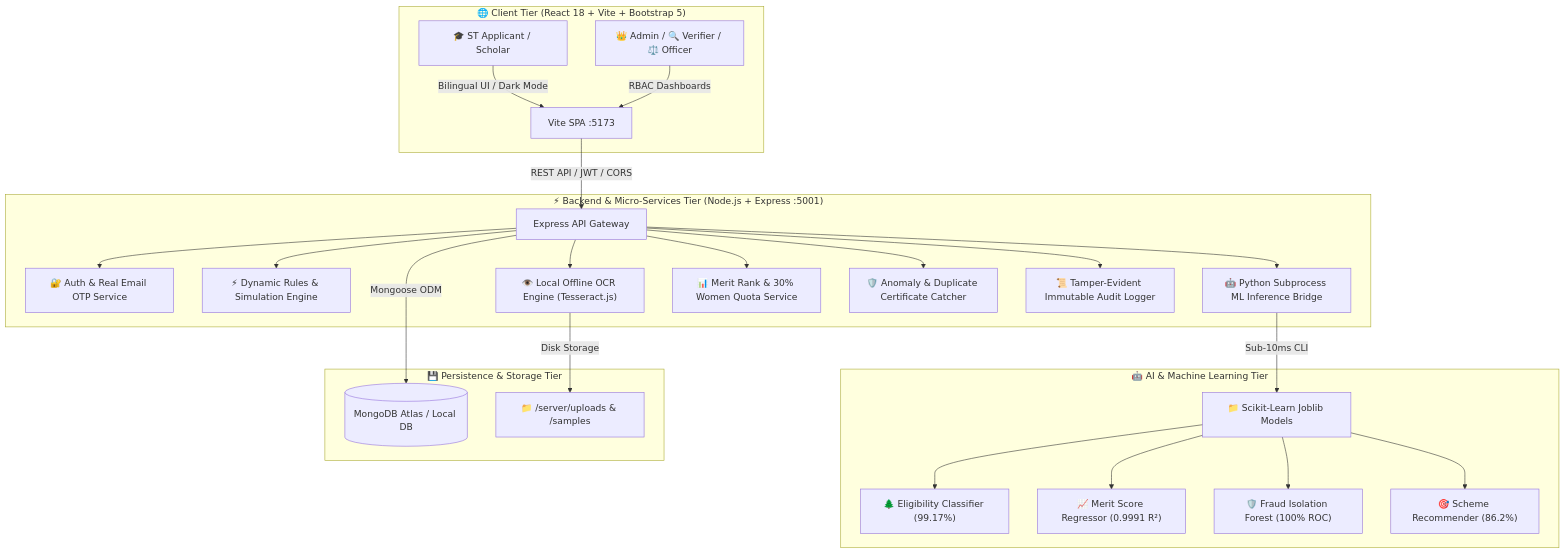
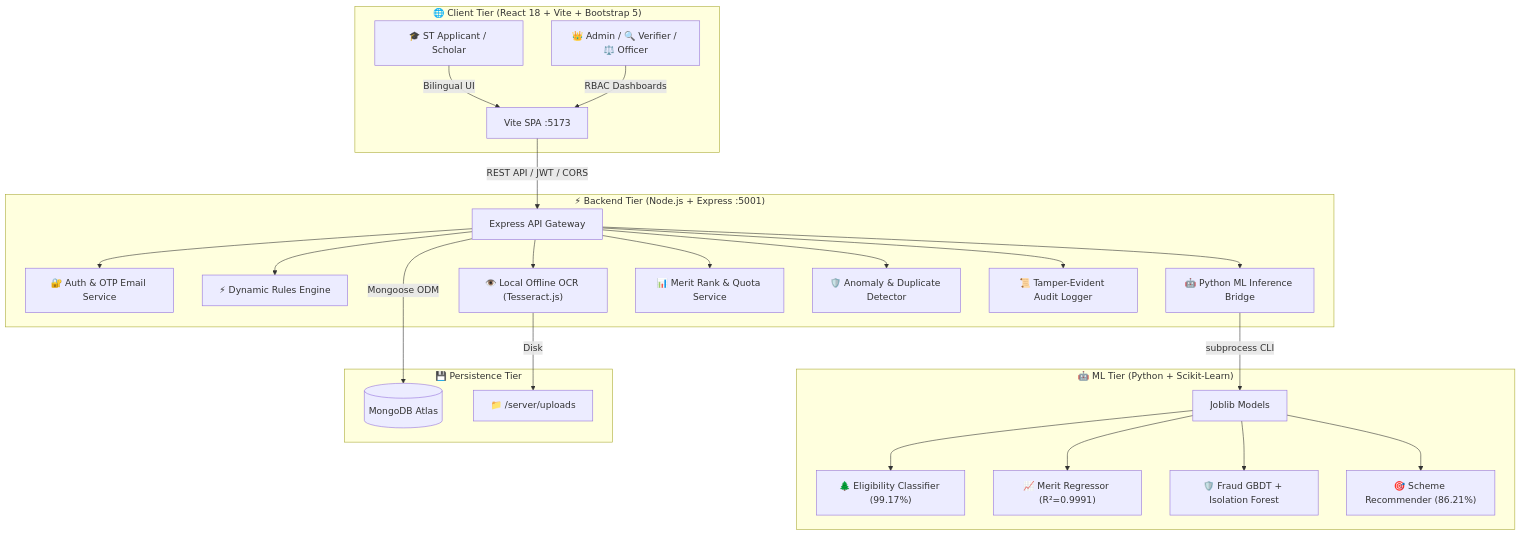
The diagram in README.md (Dhruta25/Tribal-scholarship), drawn with Mermaid before and after one commit. The commit also changed other lines of this file, not shown here.

````diff
--- a/README.md
+++ b/README.md
@@ -64,32 +64,31 @@
 ```mermaid
 graph TD
     subgraph "🌐 Client Tier (React 18 + Vite + Bootstrap 5)"
-        User["🎓 ST Applicant / Scholar"] -->|Bilingual UI / Dark Mode| WebApp["Vite SPA :5173"]
+        Applicant["🎓 ST Applicant / Scholar"] -->|Bilingual UI| WebApp["Vite SPA :5173"]
         Staff["👑 Admin / 🔍 Verifier / ⚖️ Officer"] -->|RBAC Dashboards| WebApp
     end
 
-    subgraph "⚡ Backend & Micro-Services Tier (Node.js + Express :5001)"
-        WebApp -->|REST API / JWT / CORS| APIGateway["Express API Gateway"]
-
-        APIGateway --> AuthModule["🔐 Auth & Real Email OTP Service"]
-        APIGateway --> RulesEngine["⚡ Dynamic Rules & Simulation Engine"]
-        APIGateway --> OCREngine["👁️ Local Offline OCR Engine (Tesseract.js)"]
-        APIGateway --> MLBridge["🤖 Python Subprocess ML Inference Bridge"]
-        APIGateway --> MeritEngine["📊 Merit Rank & 30% Women Quota Service"]
-        APIGateway --> FraudEngine["🛡️ Anomaly & Duplicate Certificate Catcher"]
-        APIGateway --> AuditLog["📜 Tamper-Evident Immutable Audit Logger"]
+    subgraph "⚡ Backend Tier (Node.js + Express :5001)"
+        WebApp -->|REST API / JWT / CORS| API["Express API Gateway"]
+        API --> Auth["🔐 Auth & OTP Email Service"]
+        API --> Rules["⚡ Dynamic Rules Engine"]
+        API --> OCR["👁️ Local Offline OCR (Tesseract.js)"]
+        API --> ML["🤖 Python ML Inference Bridge"]
+        API --> Merit["📊 Merit Rank & Quota Service"]
+        API --> Fraud["🛡️ Anomaly & Duplicate Detector"]
+        API --> Audit["📜 Tamper-Evident Audit Logger"]
     end
 
-    subgraph "🤖 AI & Machine Learning Tier"
-        MLBridge -->|Sub-10ms CLI| MLModels["📁 Scikit-Learn Joblib Models"]
-        MLModels --> Mod1["🌲 Eligibility Classifier (99.17%)"]
-        MLModels --> Mod2["📈 Merit Score Regressor (0.9991 R²)"]
-        MLModels --> Mod3["🛡️ Fraud Isolation Forest (100% ROC)"]
-        MLModels --> Mod4["🎯 Scheme Recommender (86.2%)"]
+    subgraph "🤖 ML Tier (Python + Scikit-Learn)"
+        ML -->|subprocess CLI| Models["Joblib Models"]
+        Models --> M1["🌲 Eligibility Classifier (99.17%)"]
+        Models --> M2["📈 Merit Regressor (R²=0.9991)"]
+        Models --> M3["🛡️ Fraud GBDT + Isolation Forest"]
+        Models --> M4["🎯 Scheme Recommender (86.21%)"]
     end
 
-    subgraph "💾 Persistence & Storage Tier"
-        APIGateway -->|Mongoose ODM| CloudDB[(MongoDB Atlas / Local DB)]
-        OCREngine -->|Disk Storage| FileStore["📁 /server/uploads & /samples"]
+    subgraph "💾 Persistence Tier"
+        API -->|Mongoose ODM| DB[(MongoDB Atlas)]
+        OCR -->|Disk| Files["📁 /server/uploads"]
     end
 ```
````
